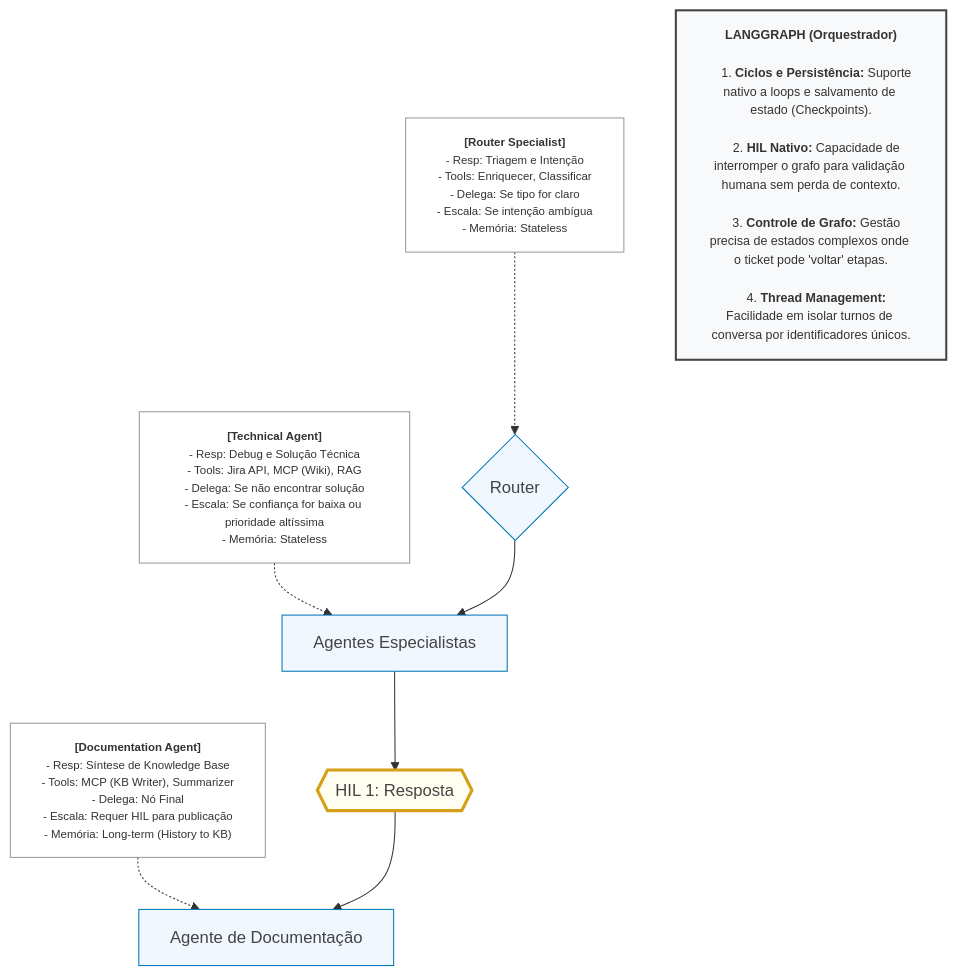
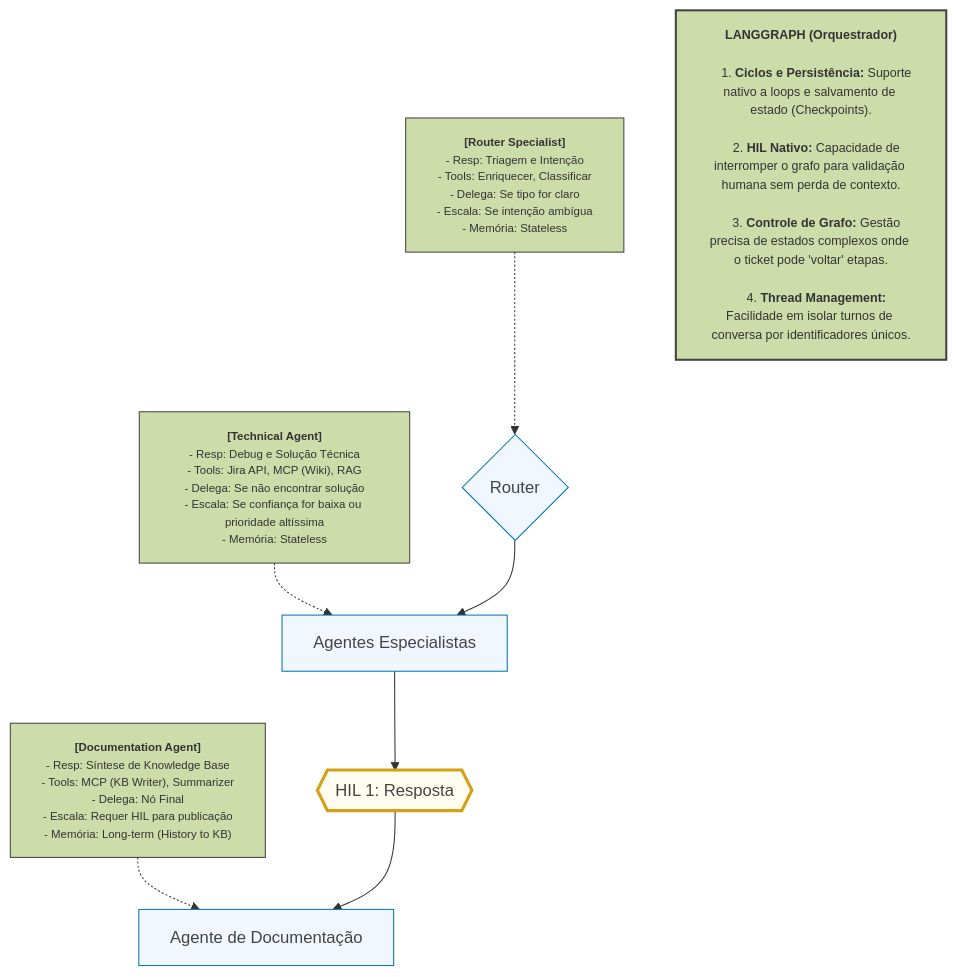
One commit to abnermsantos/customer_success_ai changed the second of 2 diagrams in README.md. Above: the diagram before and after it, drawn with Mermaid.

````diff
--- a/README.md
+++ b/README.md
@@ -60,26 +60,26 @@
 ```mermaid
 flowchart TB
     S_Router["<b>[Router Specialist]</b><br>- Resp: Triagem e Intenção<br>- Tools: Enriquecer, Classificar<br>- Delega: Se tipo for claro<br>- Escala: Se intenção ambígua<br>- Memória: Stateless"] -.-> Router{"Router"}
     S_Tec@{ label: "<b>[Technical Agent]</b><br>- Resp: Debug e Solução Técnica<br>- Tools: Jira API, MCP (Wiki), RAG<br>- Delega: Se não encontrar solução<br style=\"--tw-border-spacing-y:\">- Escala: Se confiança for baixa ou prioridade altíssima<br>- Memória: Stateless" } -.-> A_Tec["Agentes Especialistas"]
     S_Doc["<b>[Documentation Agent]</b><br>- Resp: Síntese de Knowledge Base<br>- Tools: MCP (KB Writer), Summarizer<br>- Delega: Nó Final<br>- Escala: Requer HIL para publicação<br>- Memória: Long-term (History to KB)"] -.-> A_Doc["Agente de Documentação"]
     Router --> A_Tec
     A_Tec --> HIL1{{"HIL 1: Resposta"}}
     HIL1 --> A_Doc
     Justification@{ label: "<b>LANGGRAPH (Orquestrador)</b><br><br>    1. <b>Ciclos e Persistência:</b> Suporte nativo a loops e salvamento de estado (Checkpoints).<br><br>    2. <b>HIL Nativo:</b> Capacidade de interromper o grafo para validação humana sem perda de contexto.<br><br>    3. <b>Controle de Grafo:</b> Gestão precisa de estados complexos onde o ticket pode 'voltar' etapas.<br><br>    4. <b>Thread Management:</b> Facilidade em isolar turnos de conversa por identificadores únicos." }
 
     S_Tec@{ shape: rect}
     Justification@{ shape: rect}
      S_Router:::spec
      Router:::worker
      S_Tec:::spec
      A_Tec:::worker
      S_Doc:::spec
      A_Doc:::worker
      HIL1:::hil
      Justification:::justification
     classDef worker fill:#f0f7ff,stroke:#0077b6,color:#444
     classDef hil fill:#fffef0,stroke:#d4a017,color:#444,stroke-width:3px
     classDef alert fill:#fff1f0,stroke:#cf1322,color:#444,stroke-dasharray: 5 5
-    classDef spec fill:#ffffff,stroke:#999,font-size:11px
-    classDef justification fill:#f8f9fa,stroke:#444,stroke-width:2px,font-size:12px
+    classDef spec fill:#ccddaa,stroke:#444,font-size:11px
+    classDef justification fill:#ccddaa,stroke:#444,stroke-width:2px,font-size:12px
 ```
````
